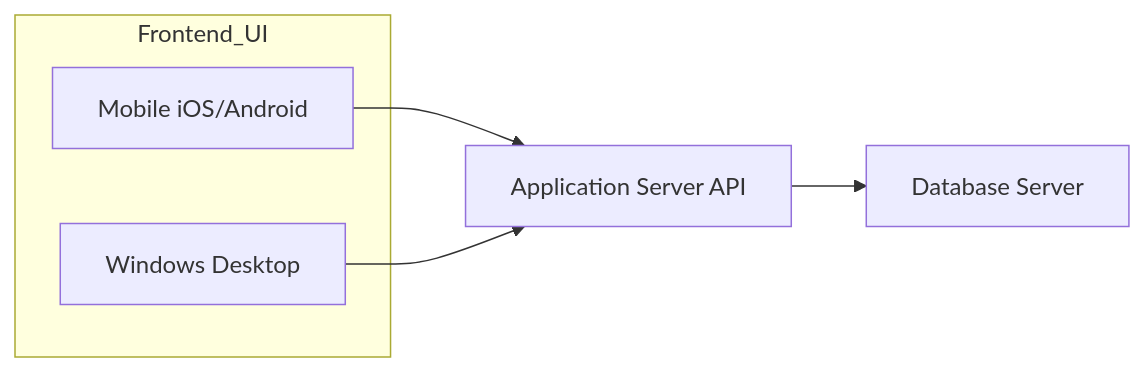
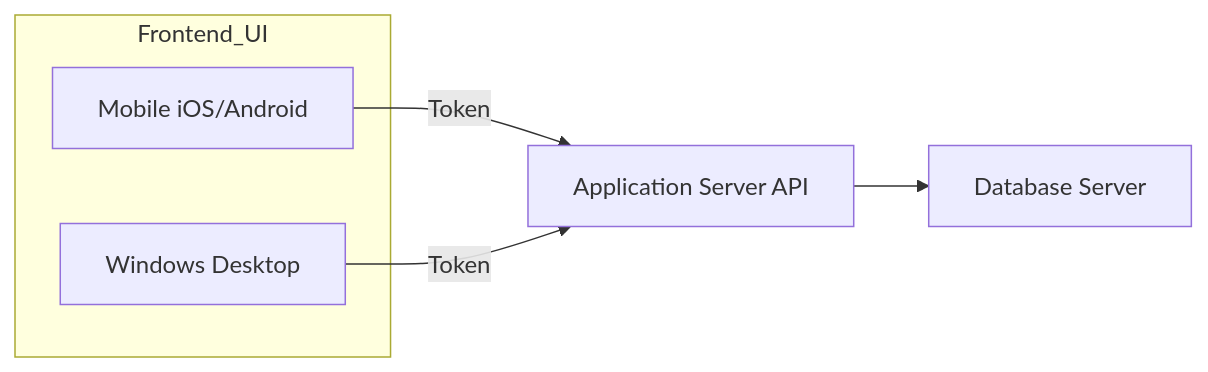
One commit to Pcchschen/AIMCPSample changed the first of 2 diagrams in README.md. Above: the diagram before and after it, drawn with Mermaid. The commit also changed other lines of this file, not shown here.

````diff
--- a/README.md
+++ b/README.md
@@ -14,9 +14,12 @@
 ```mermaid
 flowchart LR
   subgraph Frontend_UI
     A1[Mobile iOS/Android]
-    A2[Windows Desktop]
+    A2[Windows Desktop]  
   end
-  A1 & A2 --> B[Application Server API]
+  A1 & A2 --Token--> B[Application Server API]
   B --> C[Database Server]
+
+
+
 ```
````
